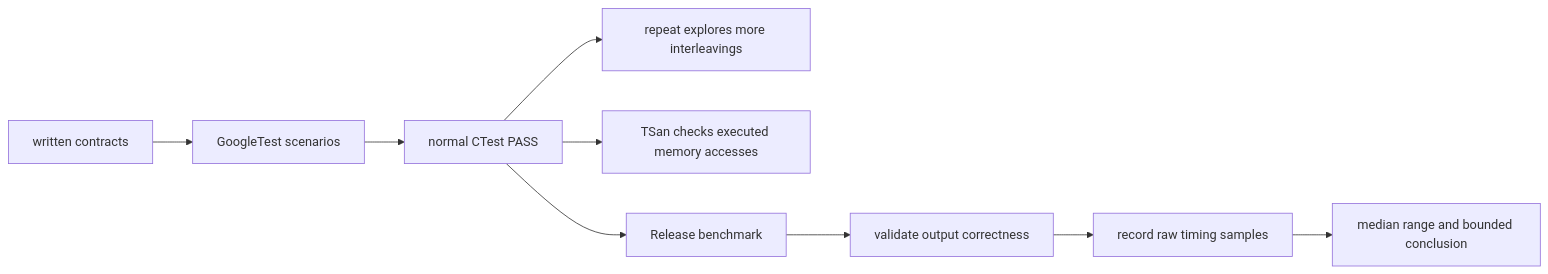
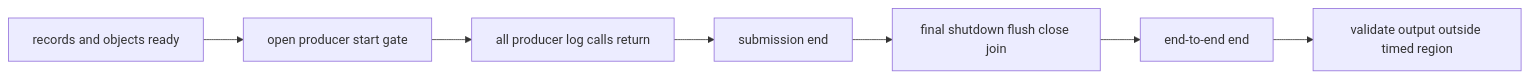
The diagram in week8/day6/day6.md (FxorG00/system-learning-notes), drawn with Mermaid before and after one commit. The commit also changed other lines of this file and 17 other files, not shown here.

````diff
--- a/week8/day6/day6.md
+++ b/week8/day6/day6.md
@@ -1538,11 +615,9 @@
-```mermaid
+~~~mermaid
 flowchart LR
-    A[written contracts] --> B[GoogleTest scenarios]
-    B --> C[normal CTest PASS]
-    C --> D[repeat explores more interleavings]
-    C --> E[TSan checks executed memory accesses]
-    C --> F[Release benchmark]
-    F --> G[validate output correctness]
-    G --> H[record raw timing samples]
-    H --> I[median range and bounded conclusion]
-```
+    A[records and objects ready] --> B[open producer start gate]
+    B --> C[all producer log calls return]
+    C --> D[submission end]
+    D --> E[final shutdown flush close join]
+    E --> F[end-to-end end]
+    F --> G[validate output outside timed region]
+~~~
````
